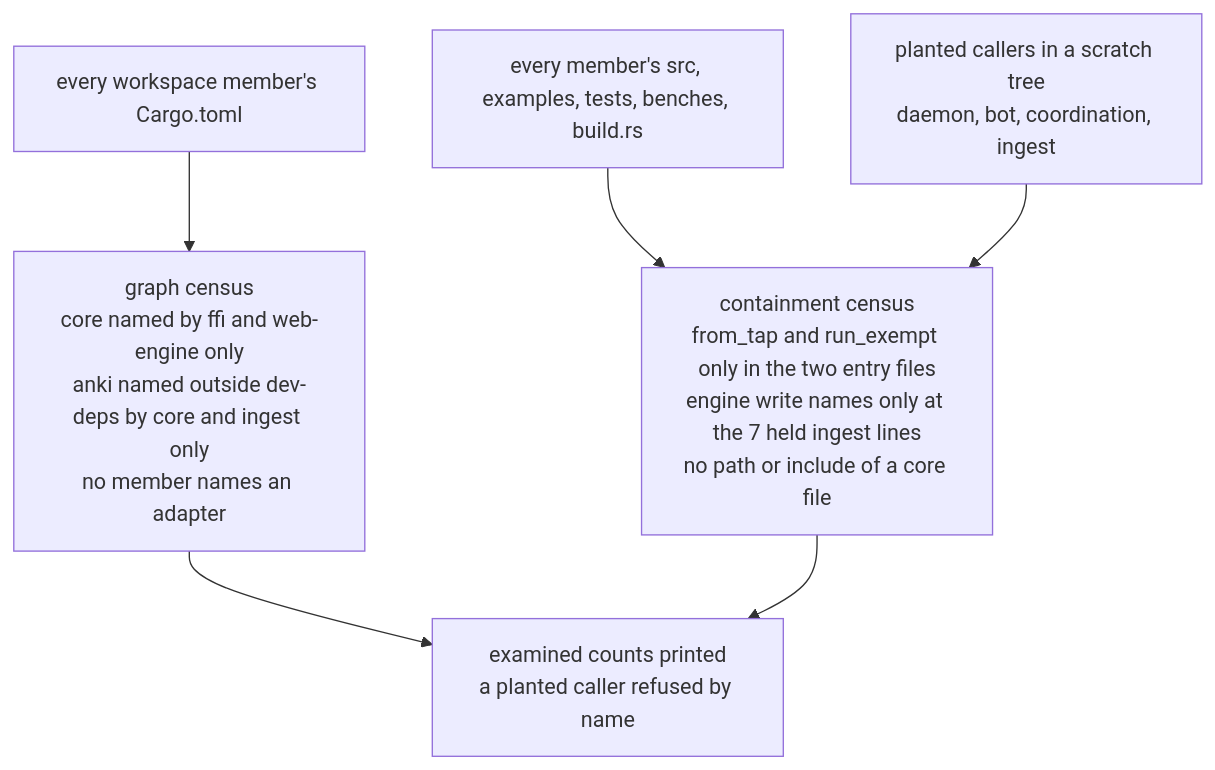
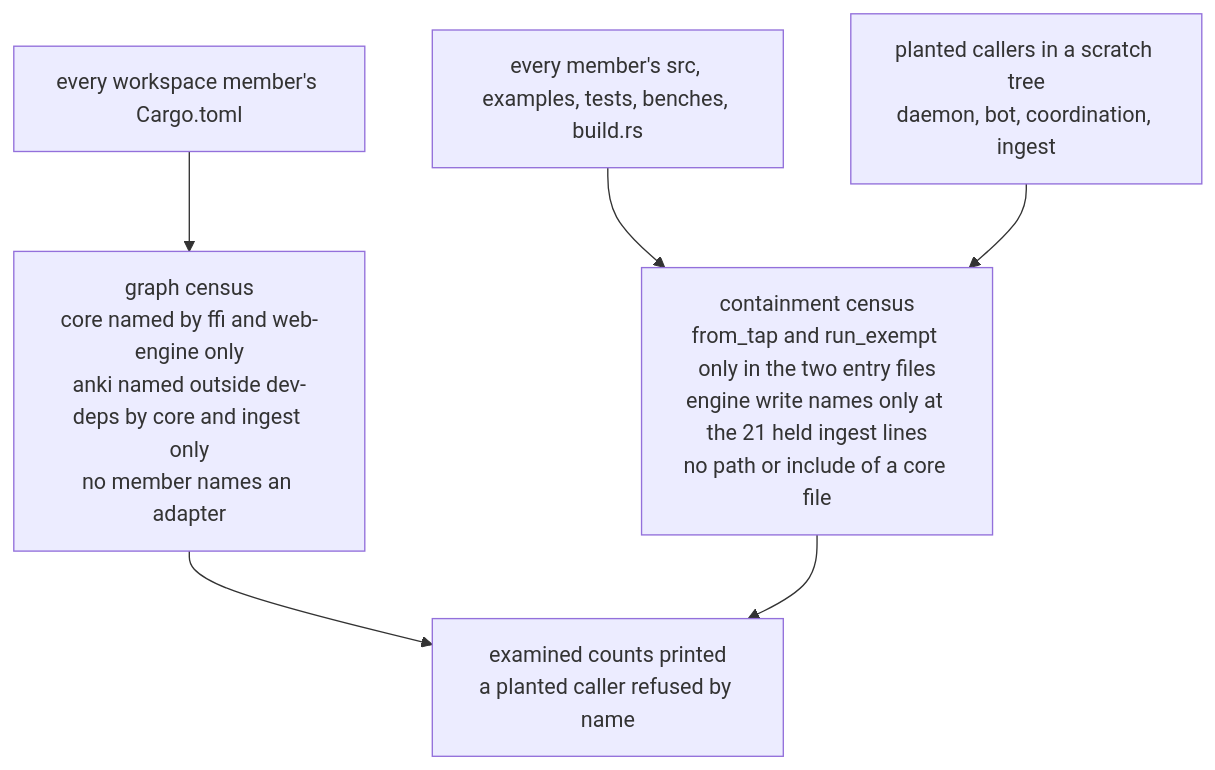
The eighth of 8 diagrams in docs/schematics/engine-core-dispatcher-and-owner-gesture.md (RexRenatus/deck-streak), drawn with Mermaid before and after one commit. The commit also changed other lines of this file and 3 other files, not shown here.

Commit message:
docs(engine-core): SPEC-345 part 2 amendments, held lines, A12-A18

````diff
--- a/docs/schematics/engine-core-dispatcher-and-owner-gesture.md
+++ b/docs/schematics/engine-core-dispatcher-and-owner-gesture.md
@@ -161,8 +161,8 @@
 ```mermaid
 flowchart TB
   M["every workspace member's Cargo.toml"] --> GR["graph census<br/>core named by ffi and web-engine only<br/>anki named outside dev-deps by core and ingest only<br/>no member names an adapter"]
-  SRC["every member's src, examples, tests, benches, build.rs"] --> CC["containment census<br/>from_tap and run_exempt only in the two entry files<br/>engine write names only at the 7 held ingest lines<br/>no path or include of a core file"]
+  SRC["every member's src, examples, tests, benches, build.rs"] --> CC["containment census<br/>from_tap and run_exempt only in the two entry files<br/>engine write names only at the 21 held ingest lines<br/>no path or include of a core file"]
   PL["planted callers in a scratch tree<br/>daemon, bot, coordination, ingest"] --> CC
   GR --> V["examined counts printed<br/>a planted caller refused by name"]
   CC --> V
 ```
````
